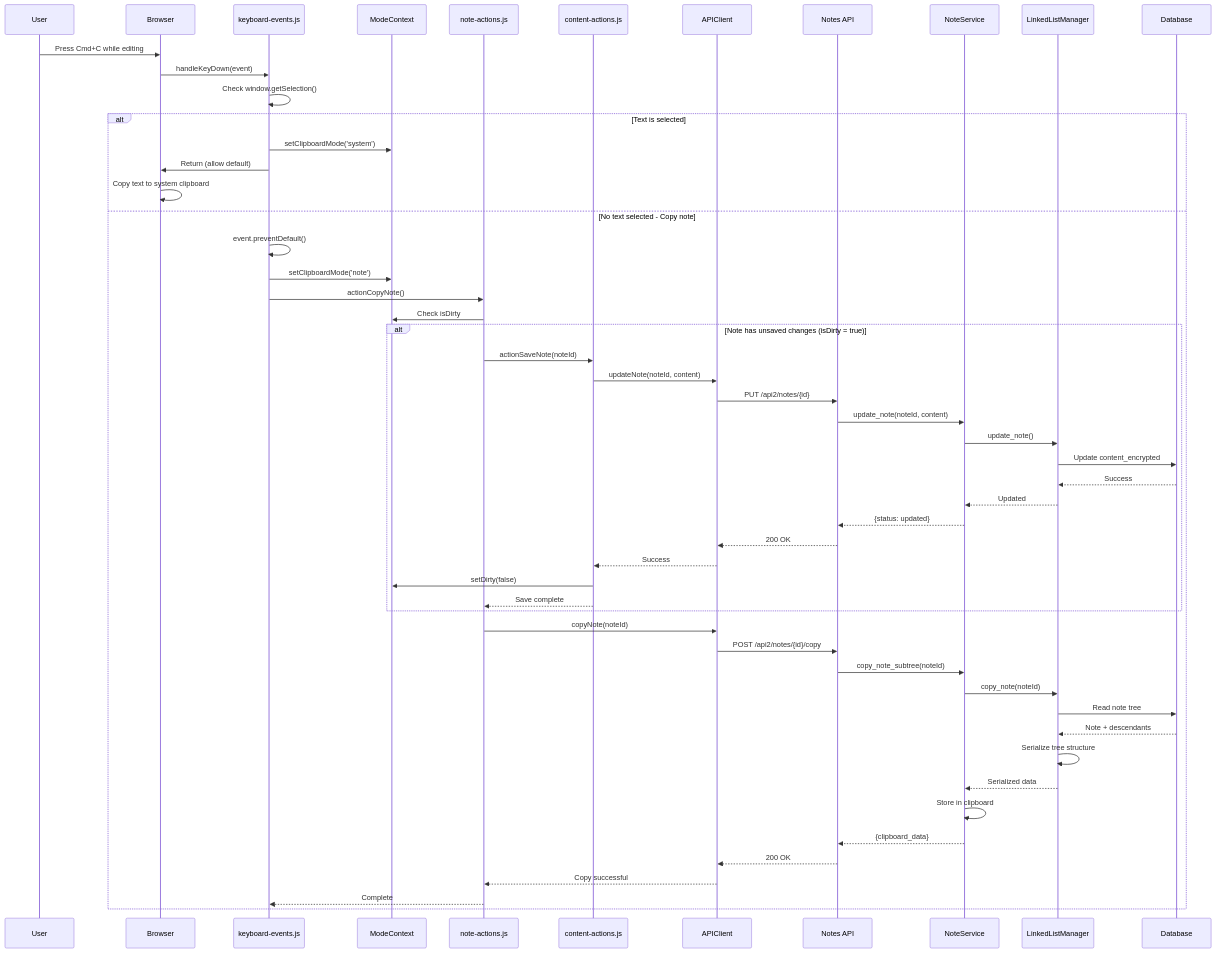
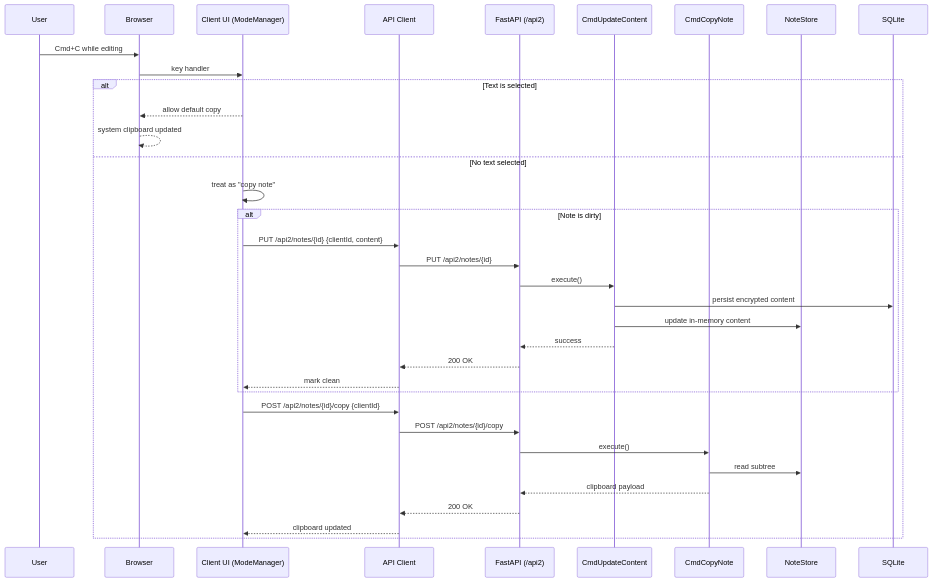
Before and after one commit to evolvingstuff/metalist: the diagram in docs/diagrams/copy-note-flow.md, drawn with Mermaid. The commit also changed other lines of this file and 9 other files, not shown here.

````diff
--- a/docs/diagrams/copy-note-flow.md
+++ b/docs/diagrams/copy-note-flow.md
@@ -5,59 +5,41 @@
 ```mermaid
 sequenceDiagram
     participant U as User
     participant Browser as Browser
-    participant Keyboard as keyboard-events.js
-    participant Context as ModeContext
-    participant Actions as note-actions.js
-    participant Content as content-actions.js
-    participant API as APIClient
-    participant Server as Notes API
-    participant Service as NoteService
-    participant LLM as LinkedListManager
-    participant DB as Database
-    
-    U->>Browser: Press Cmd+C while editing
-    Browser->>Keyboard: handleKeyDown(event)
-    Keyboard->>Keyboard: Check window.getSelection()
-    
+    participant Client as Client UI (ModeManager)
+    participant API as API Client
+    participant Server as FastAPI (/api2)
+    participant Update as CmdUpdateContent
+    participant Copy as CmdCopyNote
+    participant Store as NoteStore
+    participant DB as SQLite
+
+    U->>Browser: Cmd+C while editing
+    Browser->>Client: key handler
+
     alt Text is selected
-        Keyboard->>Context: setClipboardMode('system')
-        Keyboard->>Browser: Return (allow default)
-        Browser->>Browser: Copy text to system clipboard
-    else No text selected - Copy note
-        Keyboard->>Keyboard: event.preventDefault()
-        Keyboard->>Context: setClipboardMode('note')
-        Keyboard->>Actions: actionCopyNote()
-        
-        Actions->>Context: Check isDirty
-        alt Note has unsaved changes (isDirty = true)
-            Actions->>Content: actionSaveNote(noteId)
-            Content->>API: updateNote(noteId, content)
+        Client-->>Browser: allow default copy
+        Browser-->>Browser: system clipboard updated
+    else No text selected
+        Client->>Client: treat as "copy note"
+
+        alt Note is dirty
+            Client->>API: PUT /api2/notes/{id} {clientId, content}
             API->>Server: PUT /api2/notes/{id}
-            Server->>Service: update_note(noteId, content)
-            Service->>LLM: update_note()
-            LLM->>DB: Update content_encrypted
-            DB-->>LLM: Success
-            LLM-->>Service: Updated
-            Service-->>Server: {status: updated}
+            Server->>Update: execute()
+            Update->>DB: persist encrypted content
+            Update->>Store: update in-memory content
+            Update-->>Server: success
             Server-->>API: 200 OK
-            API-->>Content: Success
-            Content->>Context: setDirty(false)
-            Content-->>Actions: Save complete
+            API-->>Client: mark clean
         end
-        
-        Actions->>API: copyNote(noteId)
+
+        Client->>API: POST /api2/notes/{id}/copy {clientId}
         API->>Server: POST /api2/notes/{id}/copy
-        Server->>Service: copy_note_subtree(noteId)
-        Service->>LLM: copy_note(noteId)
-        LLM->>DB: Read note tree
-        DB-->>LLM: Note + descendants
-        LLM->>LLM: Serialize tree structure
-        LLM-->>Service: Serialized data
-        Service->>Service: Store in clipboard
-        Service-->>Server: {clipboard_data}
+        Server->>Copy: execute()
+        Copy->>Store: read subtree
+        Copy-->>Server: clipboard payload
         Server-->>API: 200 OK
-        API-->>Actions: Copy successful
-        Actions-->>Keyboard: Complete
+        API-->>Client: clipboard updated
     end
 ```
````
